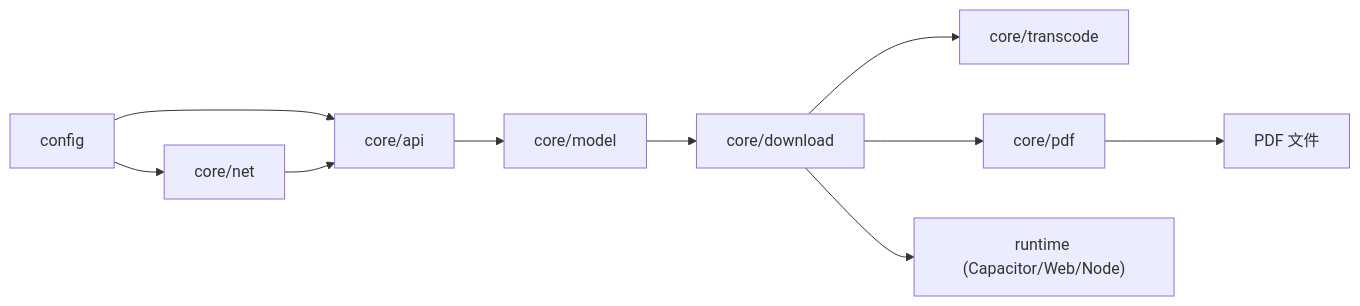
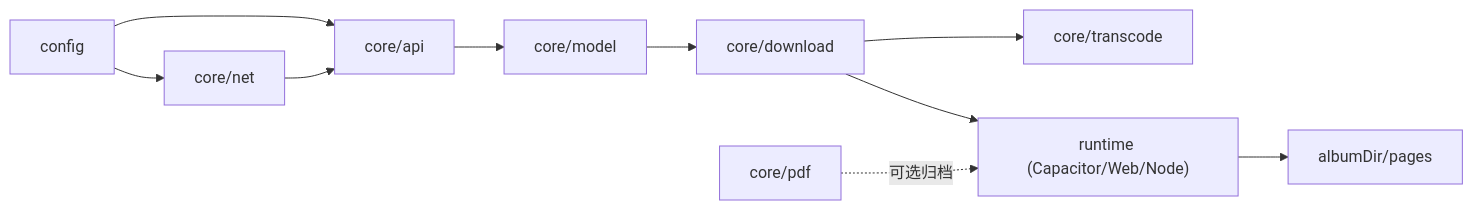
Before and after one commit to aDarkMaker/JMFM: the first of 2 diagrams in docs/architecture/overview.md, drawn with Mermaid. The commit also changed other lines of this file and 11 other files, not shown here.

Commit message:
docs: sync pages-only download repair and cover preload flows

````diff
--- a/docs/architecture/overview.md
+++ b/docs/architecture/overview.md
@@ -46,22 +46,22 @@
 ```mermaid
 flowchart LR
     cfg["config"]
     api["core/api"]
     net["core/net"]
     model["core/model"]
     trans["core/transcode"]
     dl["core/download"]
     pdf["core/pdf"]
     rnt["runtime (Capacitor/Web/Node)"]
-    out["PDF 文件"]
+    pagesOut["albumDir/pages"]
 
     cfg --> net
     cfg --> api
     net --> api
     api --> model
     model --> dl
     dl --> trans
-    dl --> pdf
     dl --> rnt
-    pdf --> out
+    rnt --> pagesOut
+    pdf -.->|"可选归档"| rnt
 ```
````
